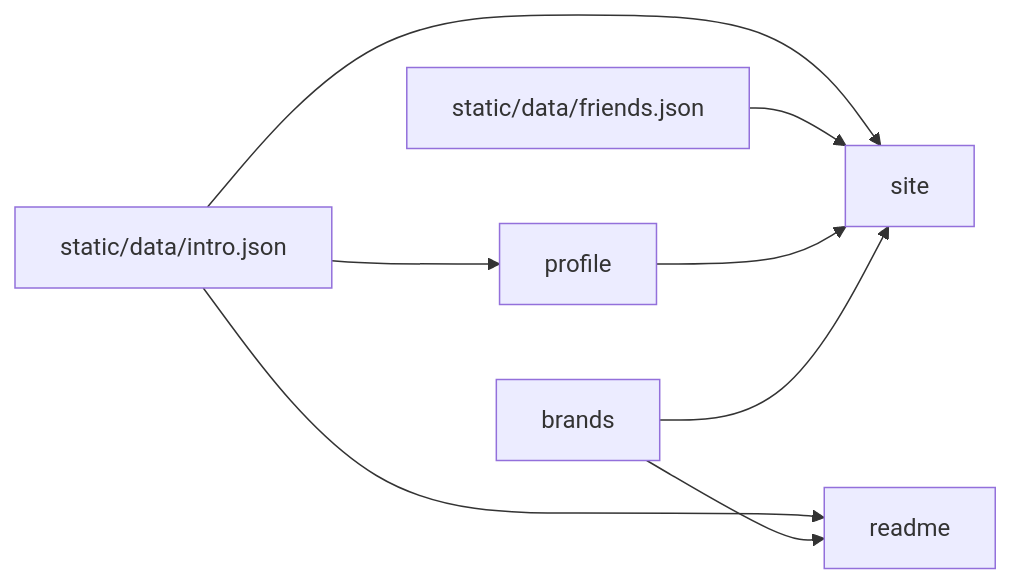
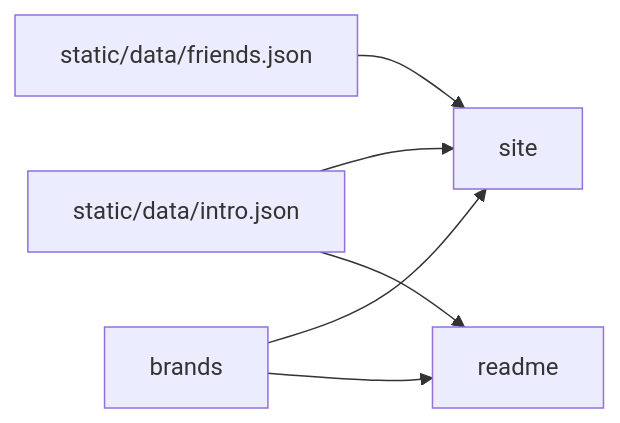
Before and after one commit to heyq02/heyq02: the diagram in architecture.md, drawn with Mermaid. The commit also changed other lines of this file and 22 other files, not shown here.

````diff
--- a/architecture.md
+++ b/architecture.md
@@ -17,16 +17,13 @@
 ```mermaid
 flowchart LR
   json["static/data/intro.json"]
   friends["static/data/friends.json"]
-  profile["profile"]
   brands["brands"]
   site["site"]
   readme["readme"]
-  json --> profile
   json --> site
   json --> readme
   friends --> site
-  profile --> site
   brands --> site
   brands --> readme
 ```
````
